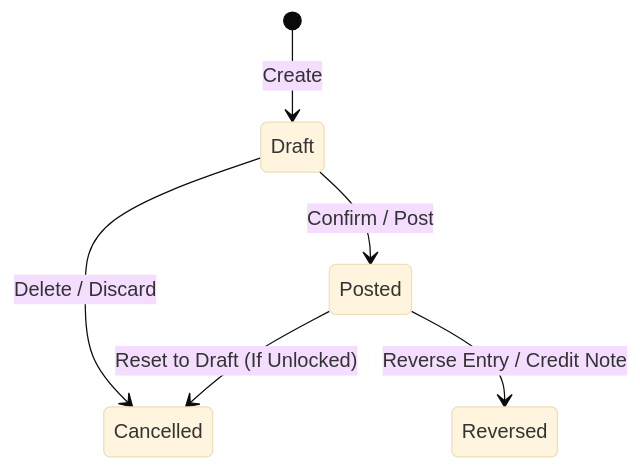
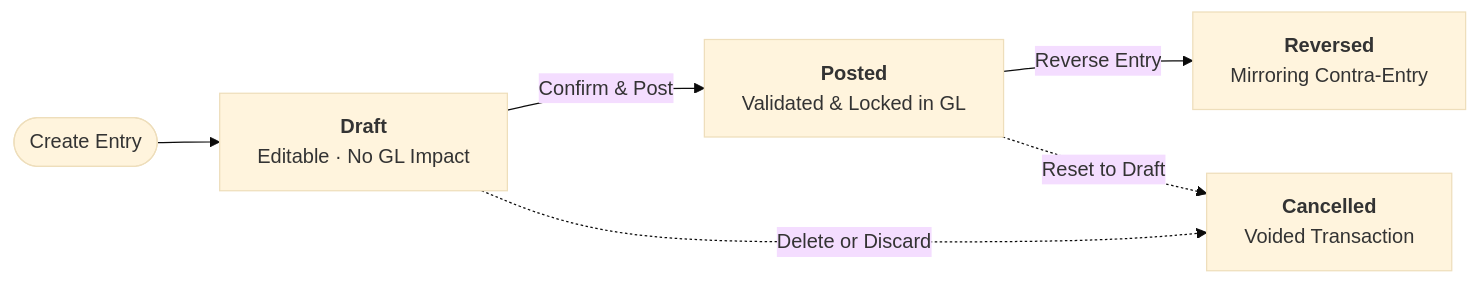
The fifth of 5 diagrams in docs/Accounting/core-concepts/01-understanding-double-entry-bookkeeping-and-journals.md (ManfredNelvin-Dev/curq-documentation), drawn with Mermaid (base theme) before and after one commit. The commit also changed other lines of this file and 93 other files, not shown here.

````diff
--- a/docs/Accounting/core-concepts/01-understanding-double-entry-bookkeeping-and-journals.md
+++ b/docs/Accounting/core-concepts/01-understanding-double-entry-bookkeeping-and-journals.md
@@ -208,8 +208,13 @@
 ```mermaid
-stateDiagram-v2
-    [*] --> Draft : Create
-    Draft --> Posted : Confirm / Post
-    Draft --> Cancelled : Delete / Discard
-    Posted --> Cancelled : Reset to Draft (If Unlocked)
-    Posted --> Reversed : Reverse Entry / Credit Note
+flowchart LR
+    Start([Create Entry]) --> Draft
+    Draft["`**Draft**
+    Editable · No GL Impact`"] -->|Confirm & Post| Posted["`**Posted**
+    Validated & Locked in GL`"]
+    Posted -->|Reverse Entry| Reversed["`**Reversed**
+    Mirroring Contra-Entry`"]
+
+    Draft -.->|Delete or Discard| Cancelled["`**Cancelled**
+    Voided Transaction`"]
+    Posted -.->|Reset to Draft| Cancelled
 ```
````
